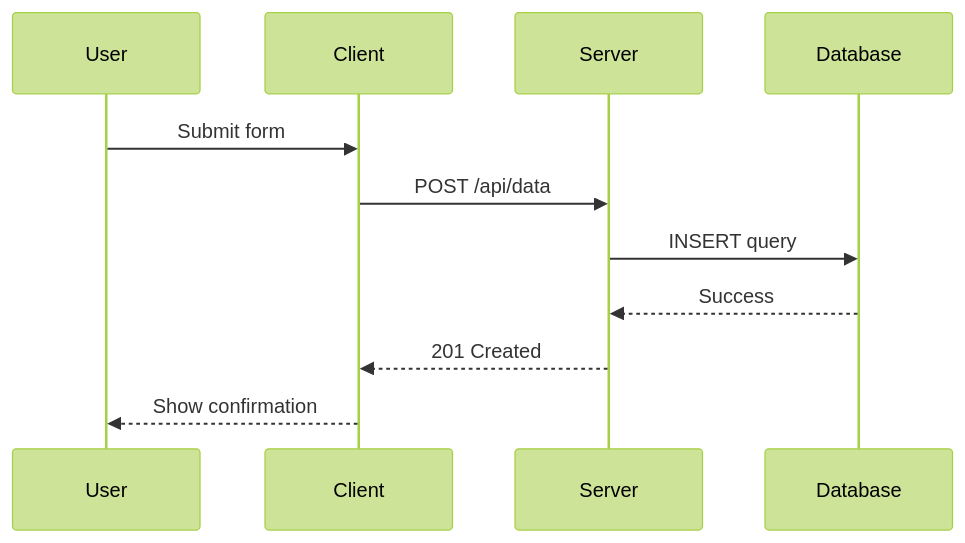
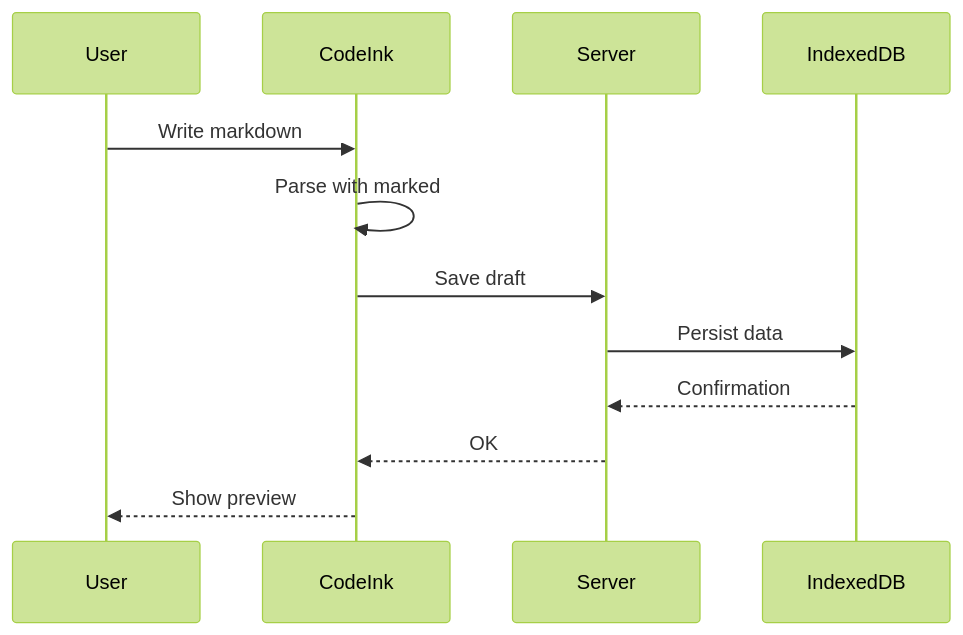
Before and after one commit to jorgefl8/CodeInk: the second of 5 diagrams in src/lib/default-markdown.md, drawn with Mermaid (forest theme). The commit also changed other lines of this file, not shown here.

First line of the commit message:
docs: streamline default markdown guide

````diff
--- a/src/lib/default-markdown.md
+++ b/src/lib/default-markdown.md
@@ -171,14 +167,15 @@
 ```mermaid
 sequenceDiagram
     participant U as User
-    participant C as Client
+    participant C as CodeInk
     participant S as Server
-    participant DB as Database
+    participant DB as IndexedDB
 
-    U->>C: Submit form
-    C->>S: POST /api/data
-    S->>DB: INSERT query
-    DB-->>S: Success
-    S-->>C: 201 Created
-    C-->>U: Show confirmation
+    U->>C: Write markdown
+    C->>C: Parse with marked
+    C->>S: Save draft
+    S->>DB: Persist data
+    DB-->>S: Confirmation
+    S-->>C: OK
+    C-->>U: Show preview
 ```
````
